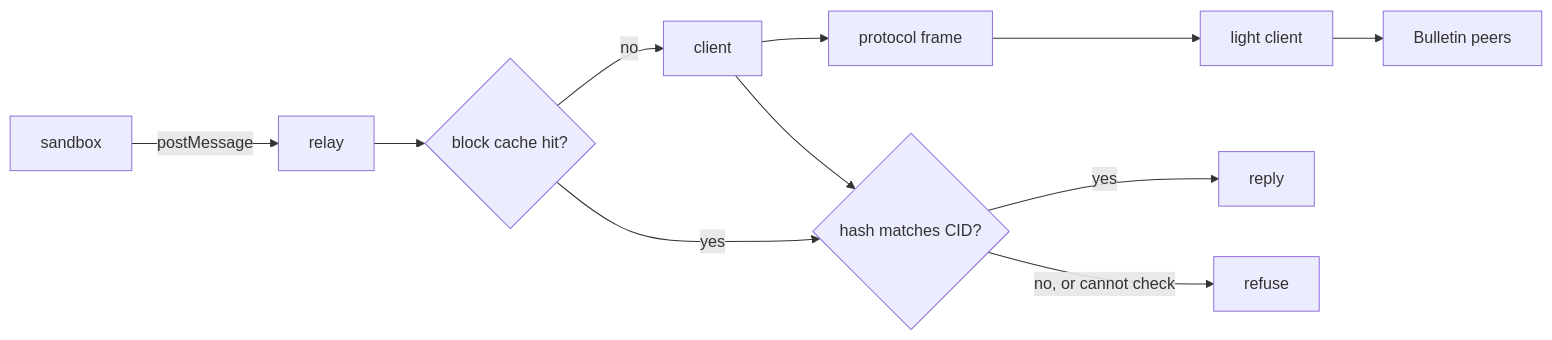
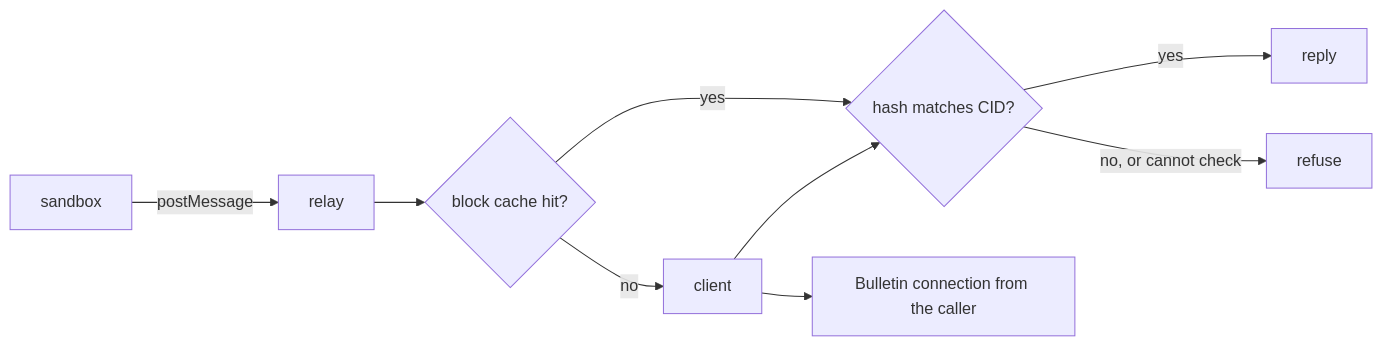
One commit to paritytech/dotli-community changed the diagram in packages/bitswap/README.md. Above: the diagram before and after it, drawn with Mermaid. The commit also changed other lines of this file and 54 other files, not shown here.

````diff
--- a/packages/bitswap/README.md
+++ b/packages/bitswap/README.md
@@ -16,9 +17,9 @@
 ```mermaid
 flowchart LR
   sandbox -- postMessage --> relay --> cache{"block cache hit?"}
   cache -- yes --> verify{"hash matches CID?"}
-  cache -- no --> client --> frame[protocol frame] --> lc[light client] --> peers[Bulletin peers]
+  cache -- no --> client --> conn["Bulletin connection from the caller"]
   client --> verify
   verify -- yes --> reply
   verify -- "no, or cannot check" --> refuse[refuse]
 ```
````
